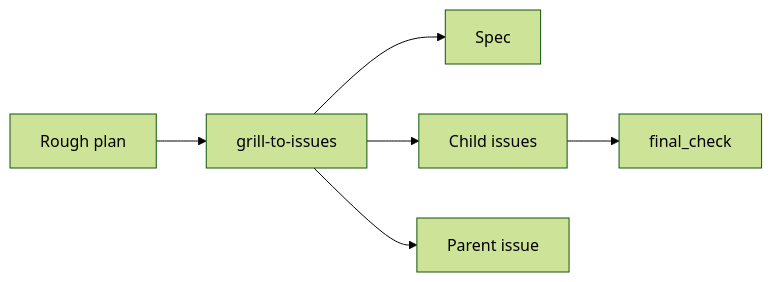
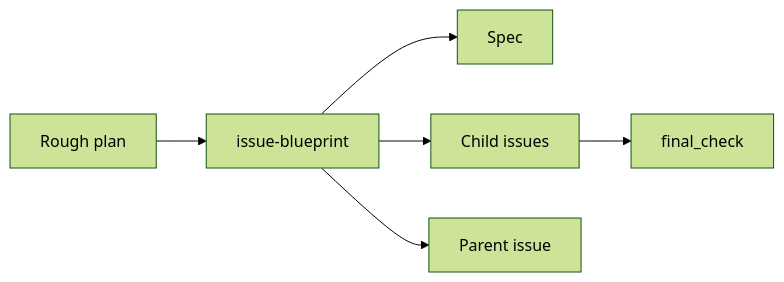
One commit to HenryQW/skills changed the third of 5 diagrams in README.md. Above: the diagram before and after it, drawn with Mermaid (forest theme). The commit also changed other lines of this file and 35 other files, not shown here.

````diff
--- a/README.md
+++ b/README.md
@@ -63,8 +70,8 @@
 ```mermaid
 flowchart LR
-  plan["Rough plan"] --> grill["grill-to-issues"]
-  grill --> spec["Spec"]
-  grill --> children["Child issues"]
-  grill --> parent["Parent issue"]
+  plan["Rough plan"] --> blueprint["issue-blueprint"]
+  blueprint --> spec["Spec"]
+  blueprint --> children["Child issues"]
+  blueprint --> parent["Parent issue"]
   children --> final["final_check"]
 ```
````
